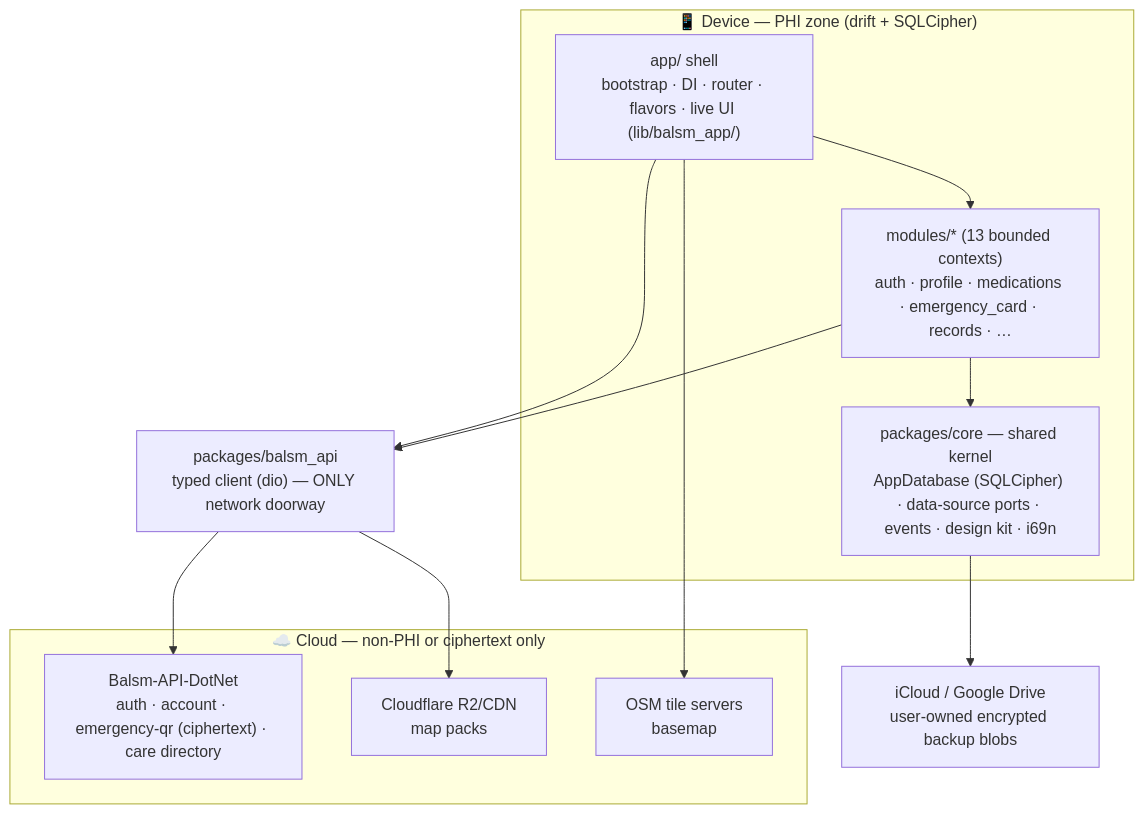
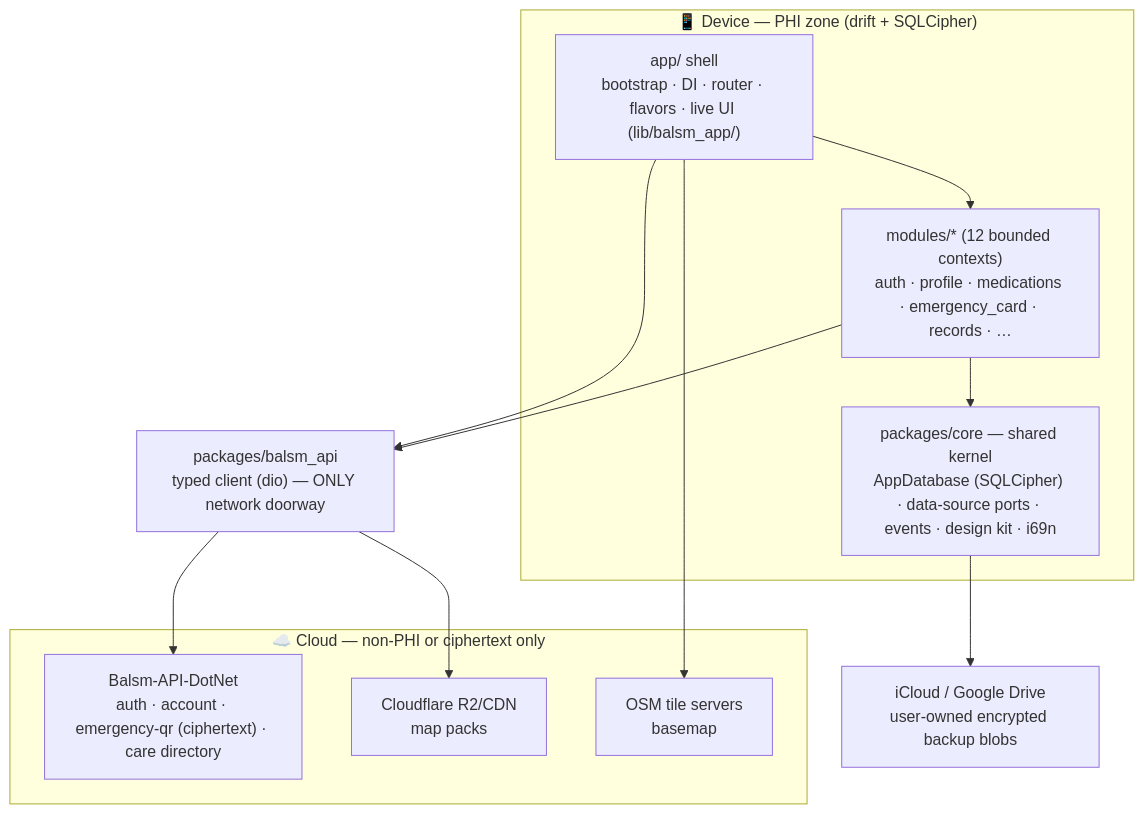
Before and after one commit to balsm-health/balsm_app: the diagram in docs/architecture.md, drawn with Mermaid. The commit also changed 3 other files, not shown here.

````diff
--- a/docs/architecture.md
+++ b/docs/architecture.md
@@ -12,26 +12,26 @@
 ```mermaid
 flowchart TB
   subgraph device["📱 Device — PHI zone (drift + SQLCipher)"]
     shell["app/ shell<br/>bootstrap · DI · router · flavors · live UI (lib/balsm_app/)"]
-    modules["modules/* (13 bounded contexts)<br/>auth · profile · medications · emergency_card · records · …"]
+    modules["modules/* (12 bounded contexts)<br/>auth · profile · medications · emergency_card · records · …"]
     core["packages/core — shared kernel<br/>AppDatabase (SQLCipher) · data-source ports · events · design kit · i69n"]
     shell --> modules --> core
   end
 
   api_pkg["packages/balsm_api<br/>typed client (dio) — ONLY network doorway"]
   modules --> api_pkg
   shell --> api_pkg
 
   subgraph cloud["☁️ Cloud — non-PHI or ciphertext only"]
     dotnet["Balsm-API-DotNet<br/>auth · account · emergency-qr (ciphertext) · care directory"]
     cdn["Cloudflare R2/CDN<br/>map packs"]
     osm["OSM tile servers<br/>basemap"]
   end
 
   api_pkg --> dotnet
   api_pkg --> cdn
   shell --> osm
 
   backup["iCloud / Google Drive<br/>user-owned encrypted backup blobs"]
   core --> backup
 ```
````
